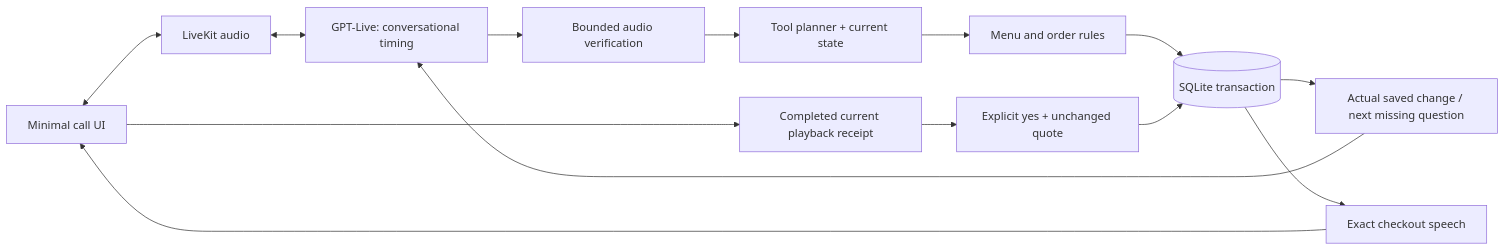
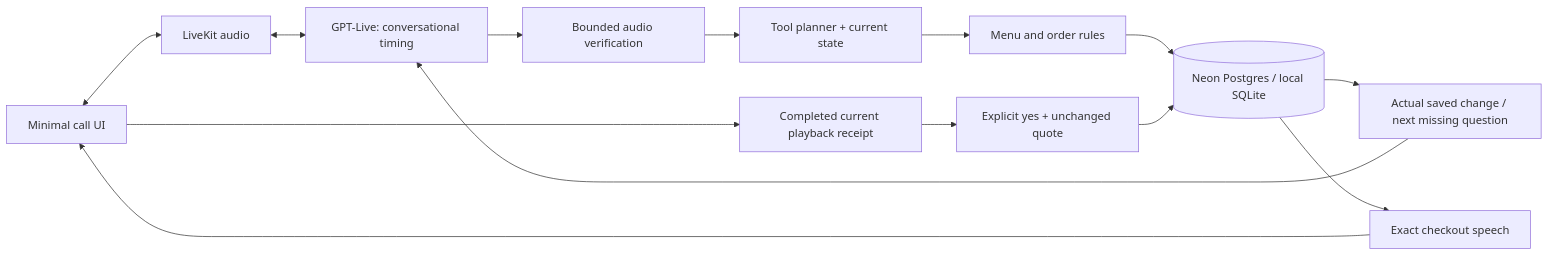
Before and after one commit to clechz/sawt_demo: the diagram in README.md, drawn with Mermaid. The commit also changed other lines of this file and 22 other files, not shown here.

````diff
--- a/README.md
+++ b/README.md
@@ -101,16 +103,16 @@
 ```mermaid
 flowchart LR
   UI[Minimal call UI] <--> LK[LiveKit audio]
   LK <--> Voice[GPT-Live: conversational timing]
   Voice --> Verify[Bounded audio verification]
   Verify --> Planner[Tool planner + current state]
   Planner --> Rules[Menu and order rules]
-  Rules --> DB[(SQLite transaction)]
+  Rules --> DB[(Neon Postgres / local SQLite)]
   DB --> Reply[Actual saved change / next missing question]
   Reply --> Voice
   DB --> Readback[Exact checkout speech]
   Readback --> UI
   UI --> Receipt[Completed current playback receipt]
   Receipt --> Confirm[Explicit yes + unchanged quote]
   Confirm --> DB
 ```
````
